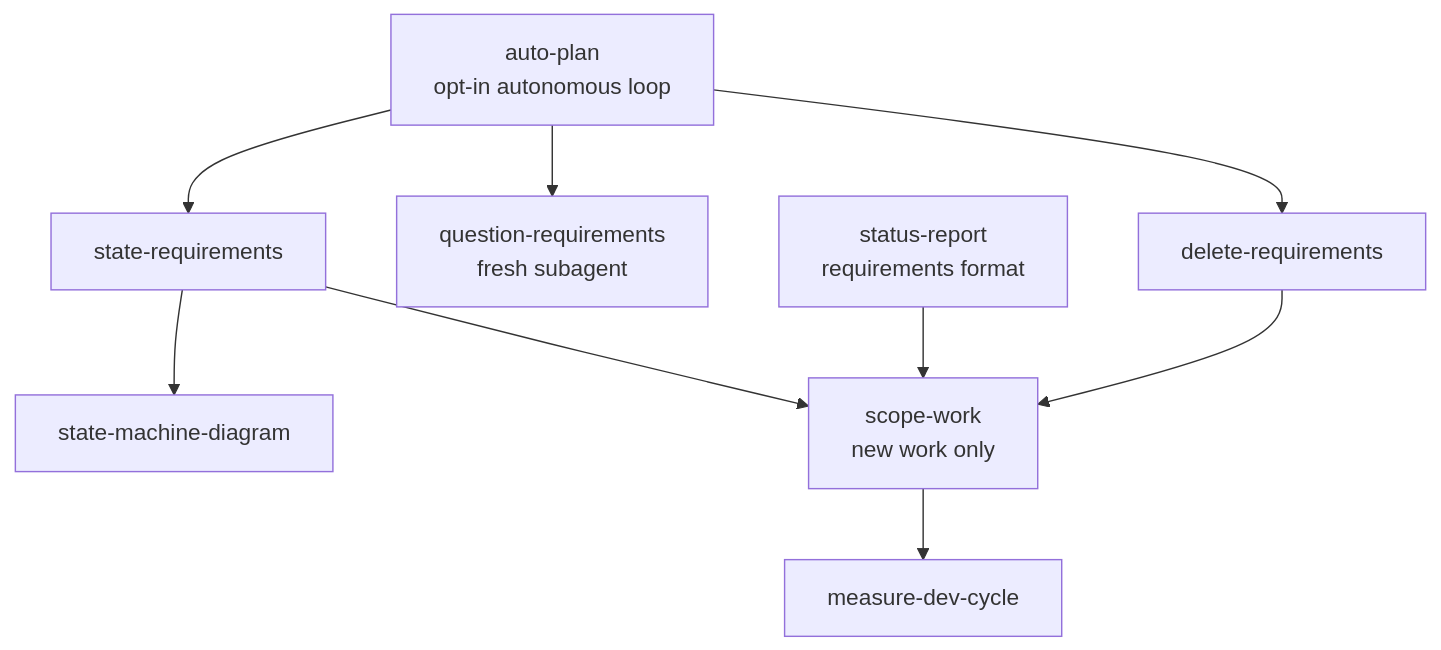
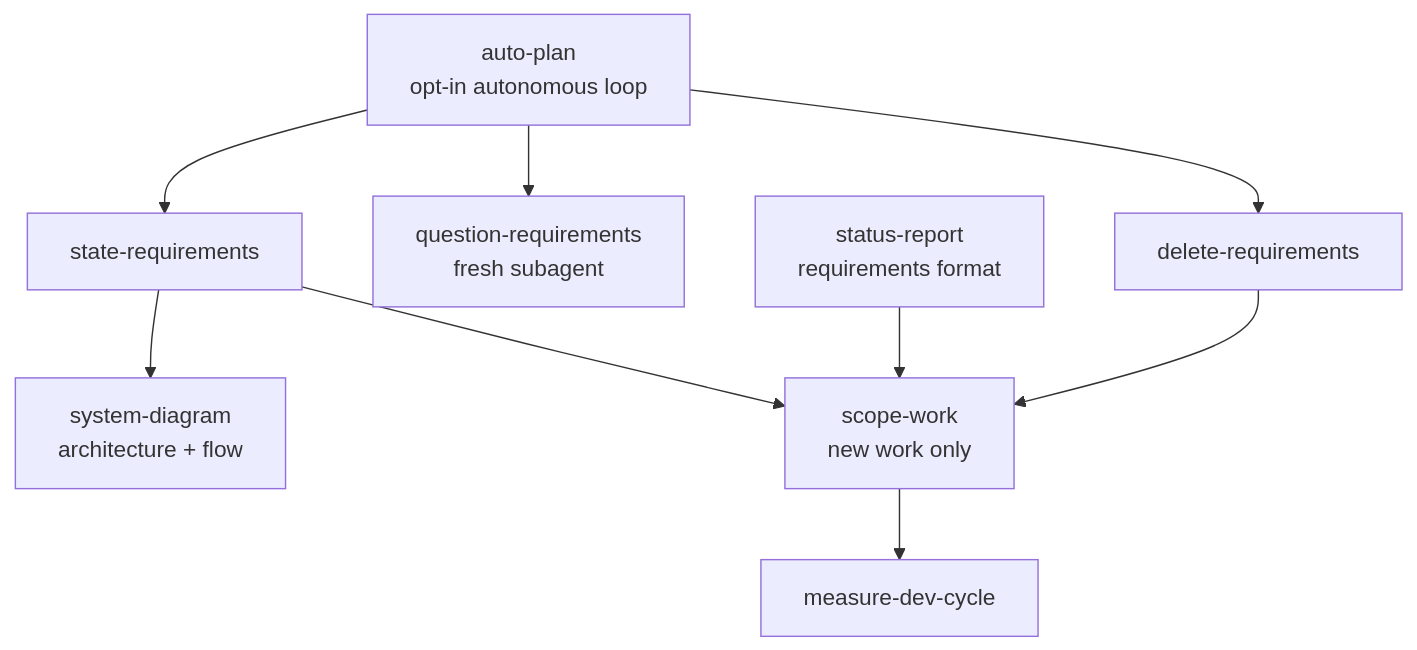
One commit to alxrod/rstack changed the diagram in README.md. Above: the diagram before and after it, drawn with Mermaid. The commit also changed other lines of this file and 15 other files, not shown here.

Commit message:
Rename state-machine-diagram to system-diagram with architecture and flow modes

````diff
--- a/README.md
+++ b/README.md
@@ -65,12 +65,12 @@
 ```mermaid
 flowchart TD
   AP[auto-plan<br/>opt-in autonomous loop] --> SR[state-requirements]
   AP --> QR[question-requirements<br/>fresh subagent]
   AP --> DR[delete-requirements]
 
-  SR --> SMD[state-machine-diagram]
+  SR --> SD[system-diagram<br/>architecture + flow]
   SR --> SW[scope-work<br/>new work only]
   STR[status-report<br/>requirements format] --> SW
   SW --> MDC[measure-dev-cycle]
   DR --> SW
 ```
````
